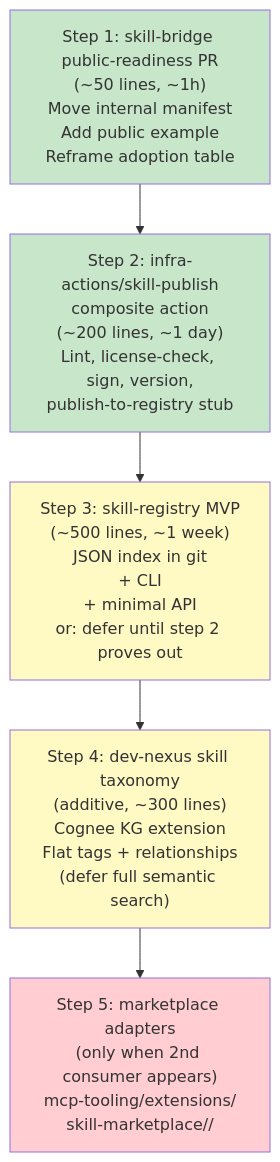
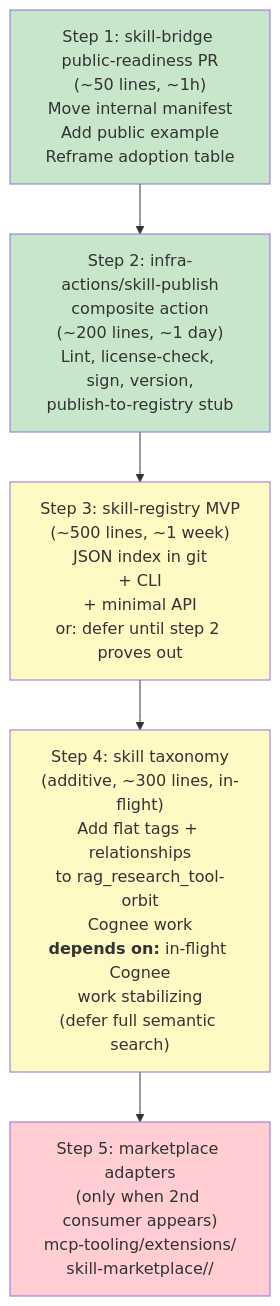
One commit to DarojaAI/linux-headless-setup changed the fourth of 4 diagrams in docs/skill-ecosystem.md. Above: the diagram before and after it, drawn with Mermaid. The commit also changed other lines of this file, not shown here.

````diff
--- a/docs/skill-ecosystem.md
+++ b/docs/skill-ecosystem.md
@@ -406,18 +444,18 @@
 ```mermaid
 graph TB
     PR1["Step 1: skill-bridge public-readiness PR<br/>(~50 lines, ~1h)<br/>Move internal manifest<br/>Add public example<br/>Reframe adoption table"] --> PR2
 
     PR2["Step 2: infra-actions/skill-publish<br/>composite action<br/>(~200 lines, ~1 day)<br/>Lint, license-check, sign, version,<br/>publish-to-registry stub"] --> PR3
 
     PR3["Step 3: skill-registry MVP<br/>(~500 lines, ~1 week)<br/>JSON index in git<br/>+ CLI<br/>+ minimal API<br/>or: defer until step 2 proves out"] --> PR4
 
-    PR4["Step 4: dev-nexus skill taxonomy<br/>(additive, ~300 lines)<br/>Cognee KG extension<br/>Flat tags + relationships<br/>(defer full semantic search)"] --> PR5
+    PR4["Step 4: skill taxonomy<br/>(additive, ~300 lines, in-flight)<br/>Add flat tags + relationships<br/>to rag_research_tool-orbit<br/>Cognee work<br/><b>depends on:</b> in-flight Cognee<br/>work stabilizing<br/>(defer full semantic search)"] --> PR5
 
     PR5["Step 5: marketplace adapters<br/>(only when 2nd consumer appears)<br/>mcp-tooling/extensions/<br/>skill-marketplace/<name>/"]
 
     style PR1 fill:#c8e6c9
     style PR2 fill:#c8e6c9
     style PR3 fill:#fff9c4
     style PR4 fill:#fff9c4
     style PR5 fill:#ffcdd2
 ```
````
